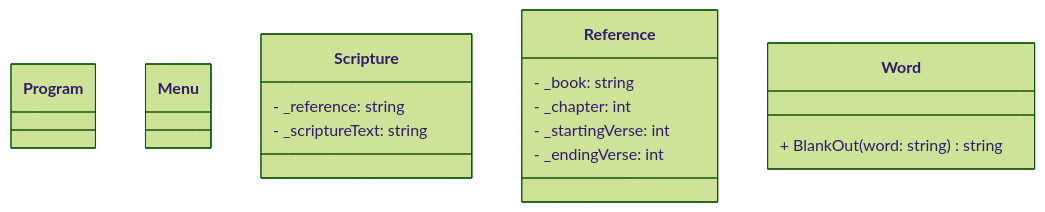
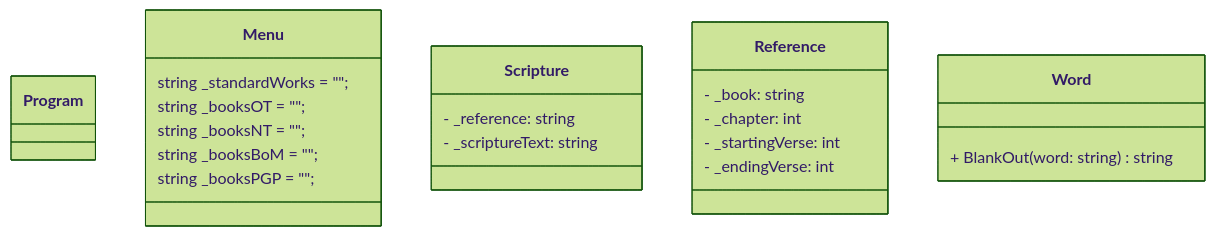
The diagram in prove/Develop03/README.md (parkerd3/CSE_2.electric_boogaloo), drawn with Mermaid (forest theme) before and after one commit. The commit also changed other lines of this file, not shown here.

````diff
--- a/prove/Develop03/README.md
+++ b/prove/Develop03/README.md
@@ -23,26 +23,30 @@
 ```mermaid
 classDiagram
     class Program {
 
     }
     class Menu {
-        
+        string _standardWorks = "";
+        string _booksOT = "";
+        string _booksNT = "";
+        string _booksBoM = "";
+        string _booksPGP = "";
     }
     class Scripture {
         - _reference: string
         - _scriptureText: string
     }
     class Reference {
         - _book: string
         - _chapter: int
         - _startingVerse: int
         - _endingVerse: int
     }
     class Word {
         + BlankOut(word: string) string
         
     }
     class Menu {
 
     }
 ```
````
